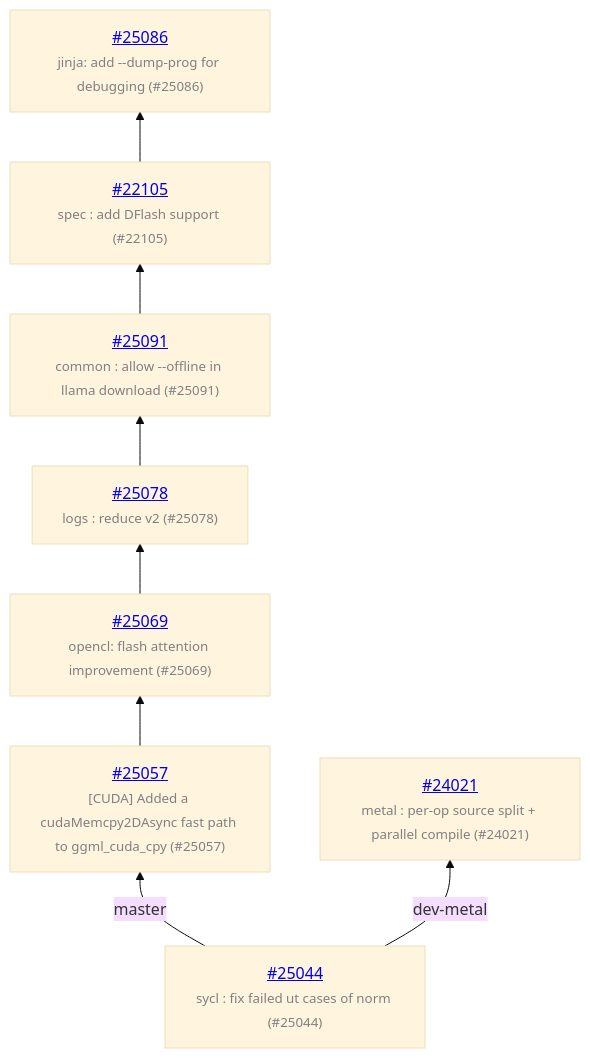
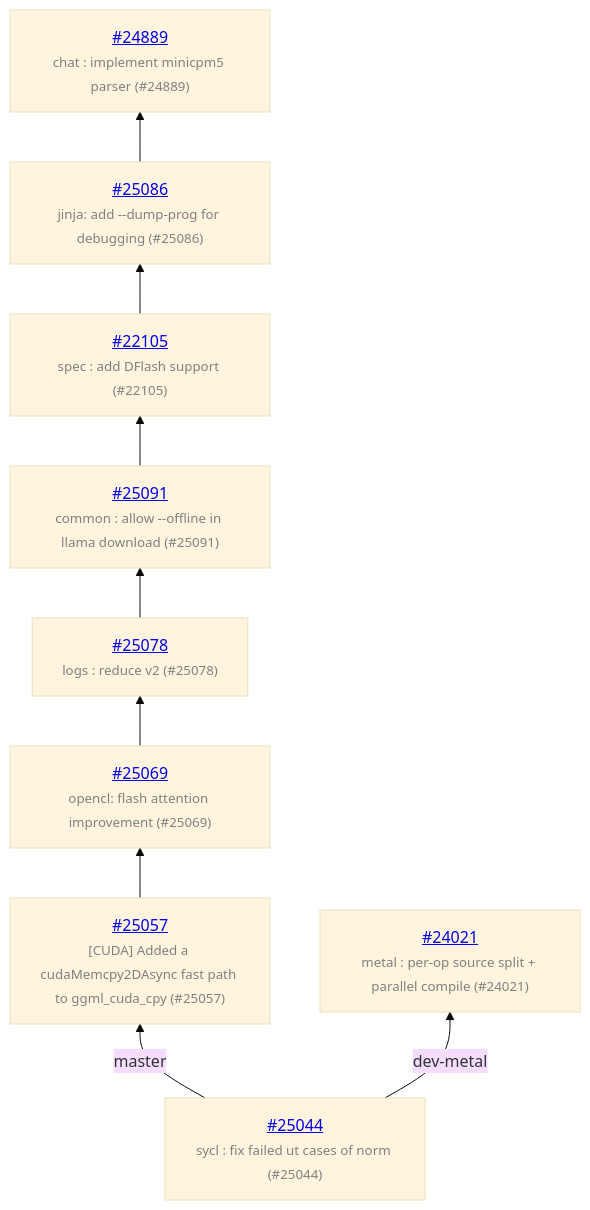
The diagram in README.md (ggml-org/llama.cpp-dev), drawn with Mermaid (base theme) before and after one commit. The commit also changed other lines of this file and 1 other file, not shown here.

Commit message:
auto: update

````diff
--- a/README.md
+++ b/README.md
@@ -13,18 +13,20 @@
 ```mermaid
 graph BT
     COMMON["<a href='https://github.com/ggml-org/llama.cpp/pull/25044'>#25044</a><br/><span style='font-size:smaller;color:gray'>sycl : fix failed ut cases of norm (#25044)</span>"]
     COMMON -->|master| C_0ed235e
     C_0ed235e["<a href='https://github.com/ggml-org/llama.cpp/pull/25057'>#25057</a><br/><span style='font-size:smaller;color:gray'>[CUDA] Added a cudaMemcpy2DAsync fast path to ggml_cuda_cpy (#25057)</span>"]
     C_0ed235e --> C_ebd048f
     C_ebd048f["<a href='https://github.com/ggml-org/llama.cpp/pull/25069'>#25069</a><br/><span style='font-size:smaller;color:gray'>opencl: flash attention improvement (#25069)</span>"]
     C_ebd048f --> C_27c8bb4
     C_27c8bb4["<a href='https://github.com/ggml-org/llama.cpp/pull/25078'>#25078</a><br/><span style='font-size:smaller;color:gray'>logs : reduce v2 (#25078)</span>"]
     C_27c8bb4 --> C_c1a1c8e
     C_c1a1c8e["<a href='https://github.com/ggml-org/llama.cpp/pull/25091'>#25091</a><br/><span style='font-size:smaller;color:gray'>common : allow --offline in llama download (#25091)</span>"]
     C_c1a1c8e --> C_d1b3425
     C_d1b3425["<a href='https://github.com/ggml-org/llama.cpp/pull/22105'>#22105</a><br/><span style='font-size:smaller;color:gray'>spec : add DFlash support (#22105)</span>"]
     C_d1b3425 --> C_f68a788
     C_f68a788["<a href='https://github.com/ggml-org/llama.cpp/pull/25086'>#25086</a><br/><span style='font-size:smaller;color:gray'>jinja: add --dump-prog for debugging (#25086)</span>"]
+    C_f68a788 --> C_c818263
+    C_c818263["<a href='https://github.com/ggml-org/llama.cpp/pull/24889'>#24889</a><br/><span style='font-size:smaller;color:gray'>chat : implement minicpm5 parser (#24889)</span>"]
     COMMON -->|dev-metal| C_f7c1df6
     C_f7c1df6["<a href='https://github.com/ggml-org/llama.cpp/pull/24021'>#24021</a><br/><span style='font-size:smaller;color:gray'>metal : per-op source split + parallel compile (#24021)</span>"]
 ```
````
